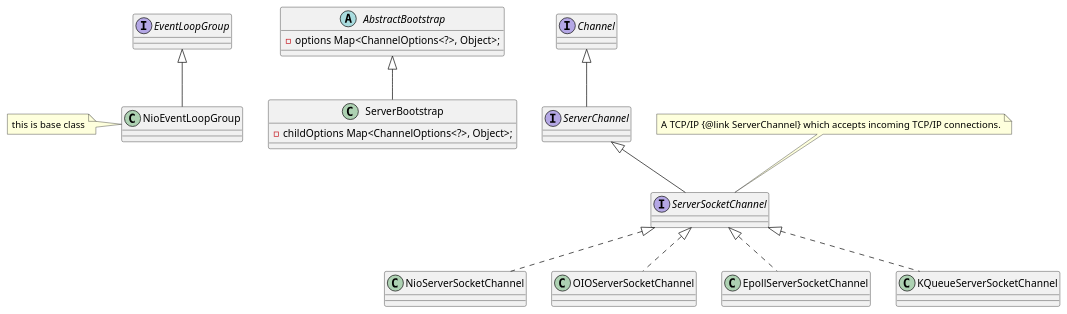
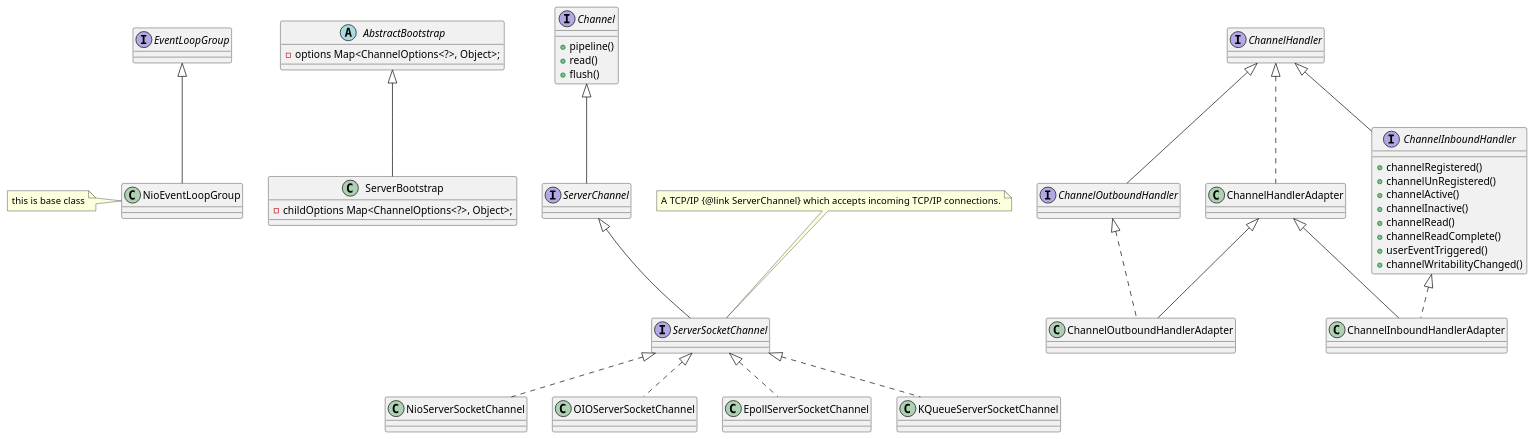
Before and after one commit to loversugar/netty-learning: the diagram in netty.puml, drawn with PlantUML. The commit also changed 7 other files, not shown here.

```diff
--- a/netty.puml
+++ b/netty.puml
@@ -1,34 +1,62 @@
 @startuml
 interface EventLoopGroup
 class NioEventLoopGroup {
 }
 
 note left of NioEventLoopGroup: this is base class
 EventLoopGroup <|-- NioEventLoopGroup
 
 abstract AbstractBootstrap {
     -options Map<ChannelOptions<?>, Object>;
 }
 class ServerBootstrap {
     -childOptions Map<ChannelOptions<?>, Object>;
 }
 AbstractBootstrap <|-- ServerBootstrap
 
-interface Channel
+interface Channel {
+    +pipeline()
+    +read()
+    +flush()
+}
 interface ServerChannel
 interface ServerSocketChannel
 note top of ServerSocketChannel: A TCP/IP {@link ServerChannel} which accepts incoming TCP/IP connections.
 
 class NioServerSocketChannel
 class OIOServerSocketChannel
 class EpollServerSocketChannel
 class KQueueServerSocketChannel
 
 Channel <|-- ServerChannel
 ServerChannel <|-- ServerSocketChannel
 ServerSocketChannel <|.. NioServerSocketChannel
 ServerSocketChannel <|.. OIOServerSocketChannel
 ServerSocketChannel <|.. EpollServerSocketChannel
 ServerSocketChannel <|.. KQueueServerSocketChannel
 
+interface ChannelHandler
+class ChannelHandlerAdapter
+interface ChannelOutboundHandler
+interface ChannelInboundHandler {
+    +channelRegistered()
+    +channelUnRegistered()
+    +channelActive()
+    +channelInactive()
+    +channelRead()
+    +channelReadComplete()
+    +userEventTriggered()
+    +channelWritabilityChanged()
+}
+class ChannelOutboundHandlerAdapter
+class ChannelInboundHandlerAdapter
+
+ChannelHandler <|.. ChannelHandlerAdapter
+ChannelHandler <|-- ChannelOutboundHandler
+ChannelHandler <|-- ChannelInboundHandler
+ChannelHandlerAdapter <|-- ChannelOutboundHandlerAdapter
+ChannelHandlerAdapter <|-- ChannelInboundHandlerAdapter
+ChannelInboundHandler <|.. ChannelInboundHandlerAdapter
+ChannelOutboundHandler <|.. ChannelOutboundHandlerAdapter
+
 @enduml
```
